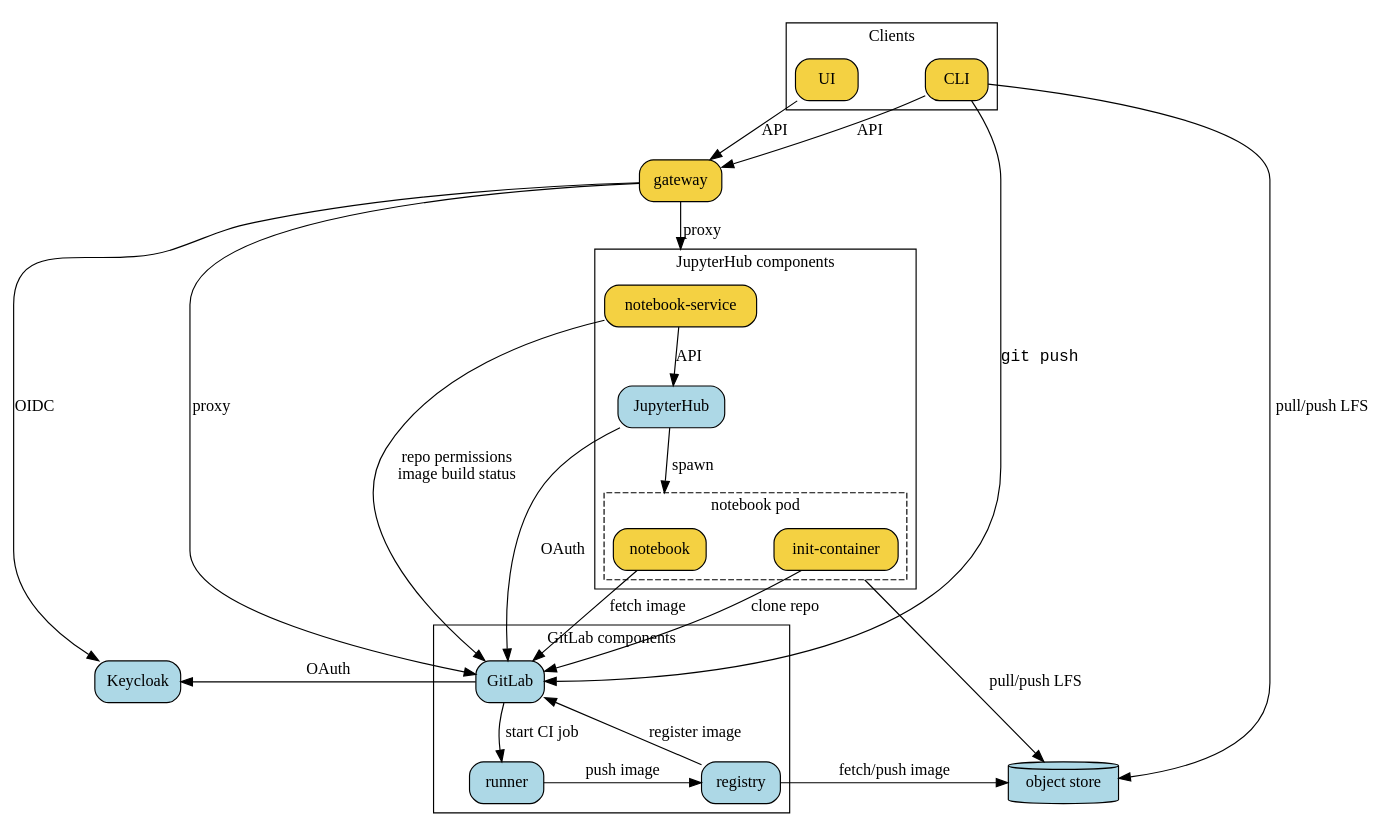
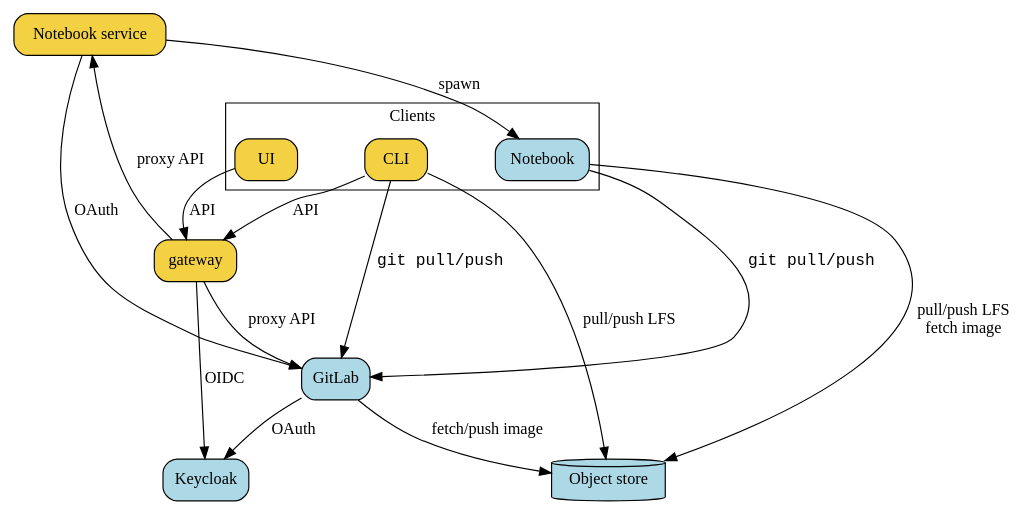
The diagram in docs/_static/graphviz/renku_architecture.dot (SwissDataScienceCenter/renku), drawn with Graphviz before and after one commit. The commit also changed 3 other files, not shown here.

Commit message:
docs: refactor diagrams

```diff
--- a/docs/_static/graphviz/renku_architecture.dot
+++ b/docs/_static/graphviz/renku_architecture.dot
@@ -1,80 +1,49 @@
 strict digraph architecture {
   compound=true;
   newrank=true;
+  ordering=out;
 
   graph [fontname="Raleway", nodesep="0.8"];
   node [shape="rect", style="filled,rounded", fontname="Raleway"];
   edge [fontname="Raleway"]
 
 
   # main off-the-shelf services
   GitLab [fillcolor="lightblue"]
   Keycloak [fillcolor="lightblue"]
-  JupyterHub [fillcolor="lightblue"]
-
-  # gitlab-ci
-  runner [fillcolor="lightblue"]
-  registry [fillcolor="lightblue"]
+  JupyterHub [label="Notebook service" fillcolor="#f4d142" URL="../developer/services/notebooks_service.html" target="_graphviz"]
+  Notebook [fillcolor="lightblue"]
 
   # clients
   UI [fillcolor="#f4d142"]
   CLI [fillcolor="#f4d142"]
 
-  # custom services
   gateway [fillcolor="#f4d142"]
-  "notebook-service" [fillcolor="#f4d142"]
-  notebook [shape="rect", fillcolor="#f4d142"]
-  "init-container" [shape="rect", fillcolor="#f4d142"]
 
-  # storage
-  storage [fillcolor="lightblue", label="object store", shape="cylinder"]
+  storage [fillcolor="lightblue", label="Object store", shape="cylinder"]
 
   subgraph cluster_clients {
     label="Clients"
     UI
     CLI
-    {rank=same; UI, CLI};
+    Notebook
+    {rank=same; UI, CLI, Notebook};
   }
 
-  subgraph cluster_jupyterhub{
-    label="JupyterHub components"
-    "notebook-service" -> JupyterHub [label="API"]
+  JupyterHub -> Notebook [label=" spawn"]
 
-    subgraph cluster_notebook {
-        label="notebook pod"
-        style="dashed";
-        "init-container"
-        notebook
-        {rank=same; "init-container", notebook}
-      }
-  }
+  CLI -> GitLab [label=" git pull/push" fontname="courier"]
+  Notebook -> GitLab [label=" git pull/push" fontname="courier"]
+  Notebook -> storage [label=" pull/push LFS\n fetch image"]
+  CLI -> gateway [label=" API"]
+  UI -> gateway [label=" API"]
+  GitLab -> Keycloak [label=" OAuth"]
+  JupyterHub -> GitLab [label=" OAuth"]
+  gateway -> GitLab [label=" proxy API"]
+  gateway -> JupyterHub [label=" proxy API"]
+  gateway -> Keycloak [label=" OIDC"]
+  GitLab -> storage [label=" fetch/push image"]
+  CLI -> storage [label=" pull/push LFS"]
 
-  subgraph cluster_gitlab {
-    label="GitLab components"
-    GitLab -> runner [label="start CI job", lhead=cluster_ci]
-    runner -> registry [label="push image"]
-    registry -> GitLab [label="register image"]
-    {rank=same; "runner", registry};
-  }
-
-  JupyterHub -> GitLab [label="OAuth"]
-  "notebook" -> "GitLab" [label="commit back"]
-  "init-container" -> "GitLab" [label="clone repo"]
-
-  CLI -> GitLab [label="git push" fontname="courier"]
-  CLI -> gateway [label="API"]
-  UI -> gateway [label="API"]
-  GitLab -> Keycloak [label="OAuth"]
-  gateway -> GitLab [label="proxy"]
-  gateway -> "notebook-service" [label="proxy", lhead=cluster_jupyterhub]
-  gateway -> Keycloak [label="OIDC"]
-  "notebook-service" -> GitLab [label="repo permissions\nimage build status"]
-  JupyterHub -> notebook [label="spawn", lhead=cluster_notebook]
-  "notebook" -> GitLab [label="fetch image", lhead=cluster_notebook]
-  registry -> storage [label="fetch/push image"]
-  CLI -> storage [label="pull/push LFS"]
-  "init-container" -> storage [label="pull/push LFS", ltail=cluster_notebook]
-
-  { rank=same; GitLab; Keycloak}
-  { rank=same; registry; storage; }
+  {rank=0; UI}
 }
```
